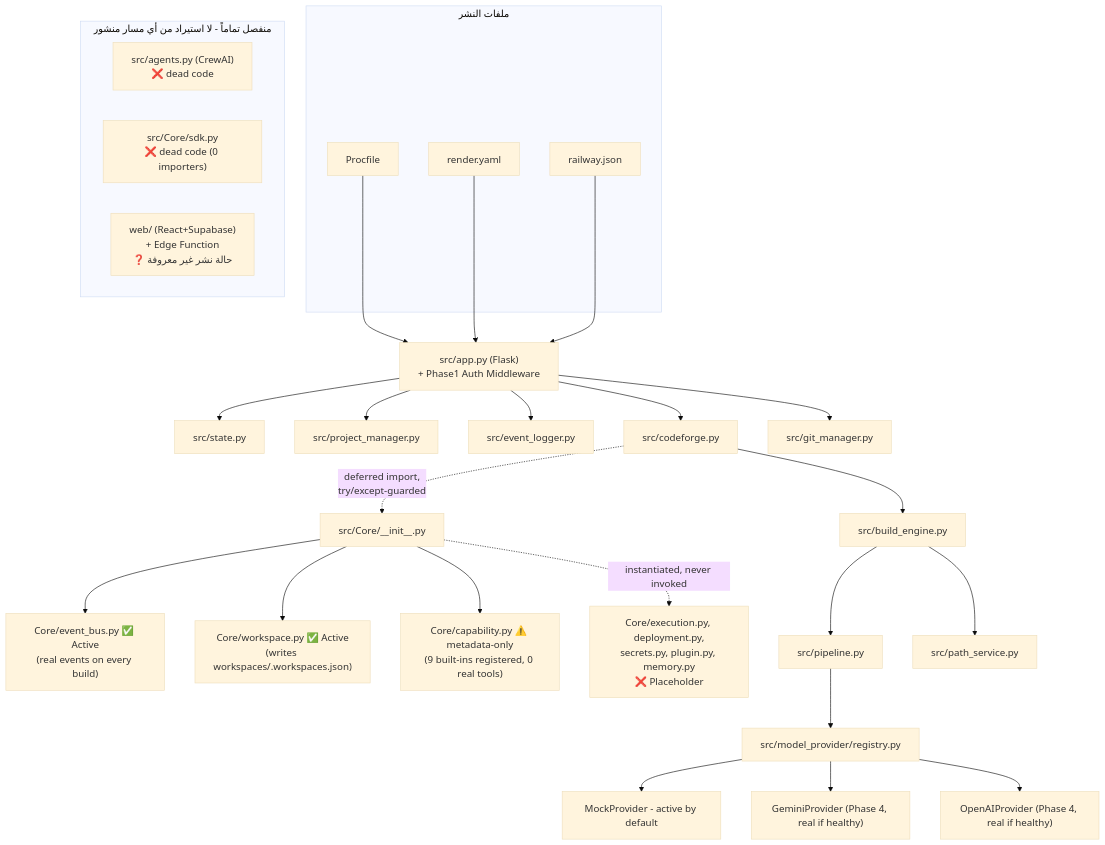
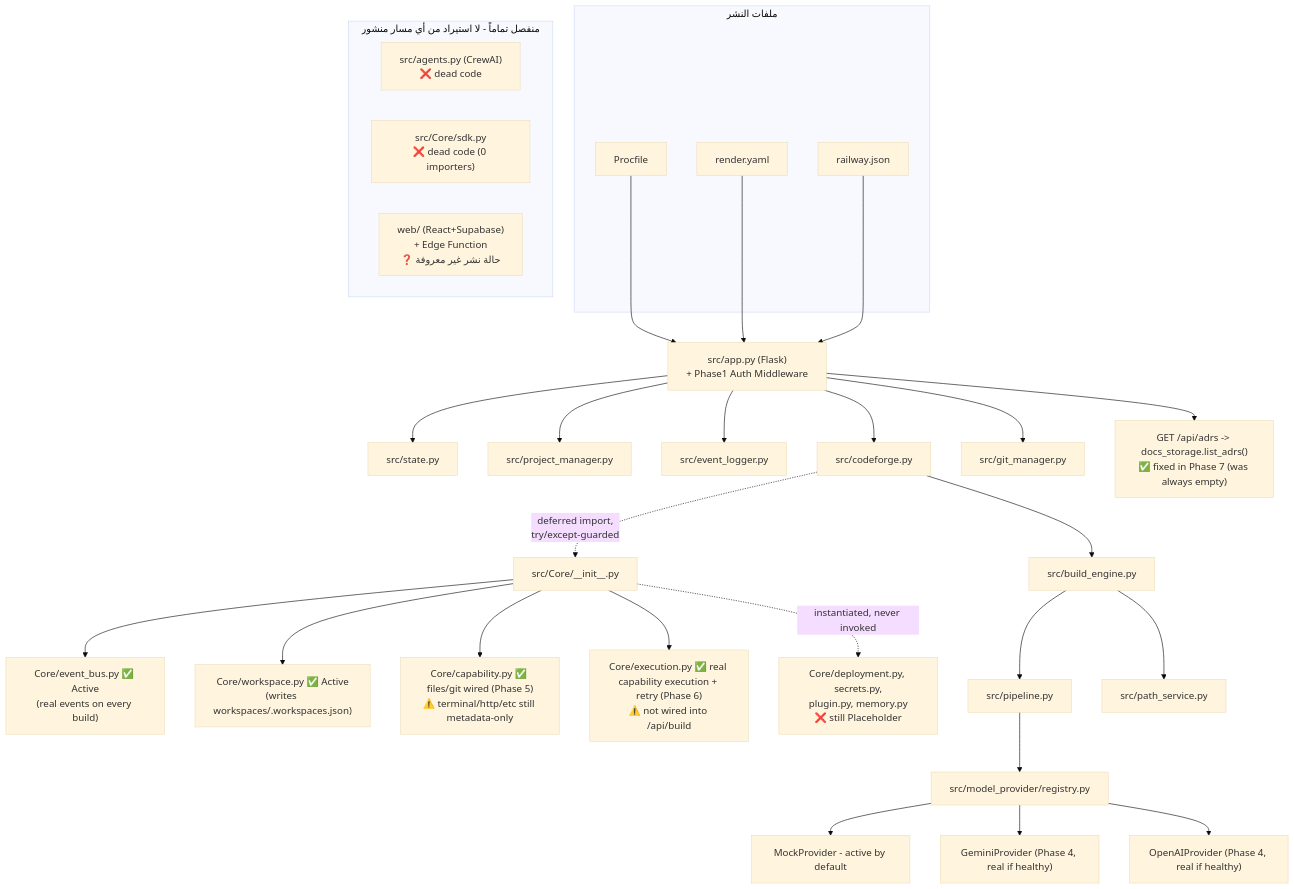
Before and after one commit to angaaamy-cpu/codeforge: the diagram in docs/ARCHITECTURE.md, drawn with Mermaid (base theme). The commit also changed other lines of this file and 4 other files, not shown here.

````diff
--- a/docs/ARCHITECTURE.md
+++ b/docs/ARCHITECTURE.md
@@ -7,37 +7,39 @@
 ```mermaid
 flowchart TD
     subgraph Deploy["ملفات النشر"]
         PF[Procfile]
         RY[render.yaml]
         RJ[railway.json]
     end
 
     PF --> APP
     RY --> APP
     RJ --> APP
 
     APP["src/app.py (Flask)<br/>+ Phase1 Auth Middleware"] --> STATE[src/state.py]
     APP --> PM[src/project_manager.py]
     APP --> EL[src/event_logger.py]
     APP --> CF["src/codeforge.py"]
     CF --> BE[src/build_engine.py]
     CF -.->|"deferred import,<br/>try/except-guarded"| COREINIT["src/Core/__init__.py"]
     COREINIT --> EB["Core/event_bus.py ✅ Active<br/>(real events on every build)"]
     COREINIT --> WS["Core/workspace.py ✅ Active<br/>(writes workspaces/.workspaces.json)"]
-    COREINIT --> CAP["Core/capability.py ⚠️ metadata-only<br/>(9 built-ins registered, 0 real tools)"]
-    COREINIT -.->|"instantiated, never invoked"| INERT["Core/execution.py, deployment.py,<br/>secrets.py, plugin.py, memory.py<br/>❌ Placeholder"]
+    COREINIT --> CAP["Core/capability.py ✅ files/git wired (Phase 5)<br/>⚠️ terminal/http/etc still metadata-only"]
+    COREINIT --> EXEC["Core/execution.py ✅ real capability execution + retry (Phase 6)<br/>⚠️ not wired into /api/build"]
+    COREINIT -.->|"instantiated, never invoked"| INERT["Core/deployment.py, secrets.py,<br/>plugin.py, memory.py<br/>❌ still Placeholder"]
     BE --> PIPE[src/pipeline.py]
     PIPE --> PR[src/model_provider/registry.py]
     PR --> MOCK[MockProvider - active by default]
     PR --> GEM["GeminiProvider (Phase 4, real if healthy)"]
     PR --> OAI["OpenAIProvider (Phase 4, real if healthy)"]
     BE --> PS[src/path_service.py]
     APP --> GIT[src/git_manager.py]
+    APP --> ADRAPI["GET /api/adrs -> docs_storage.list_adrs()<br/>✅ fixed in Phase 7 (was always empty)"]
 
     subgraph Disconnected["منفصل تماماً - لا استيراد من أي مسار منشور"]
         AGENTS["src/agents.py (CrewAI)<br/>❌ dead code"]
         SDK["src/Core/sdk.py<br/>❌ dead code (0 importers)"]
         WEB["web/ (React+Supabase)<br/>+ Edge Function<br/>❓ حالة نشر غير معروفة"]
     end
 
 ```
````
